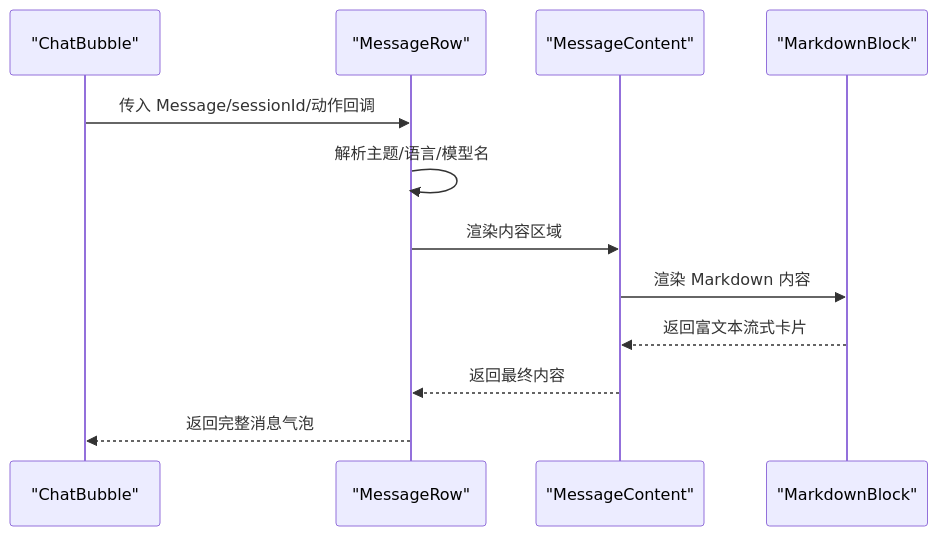
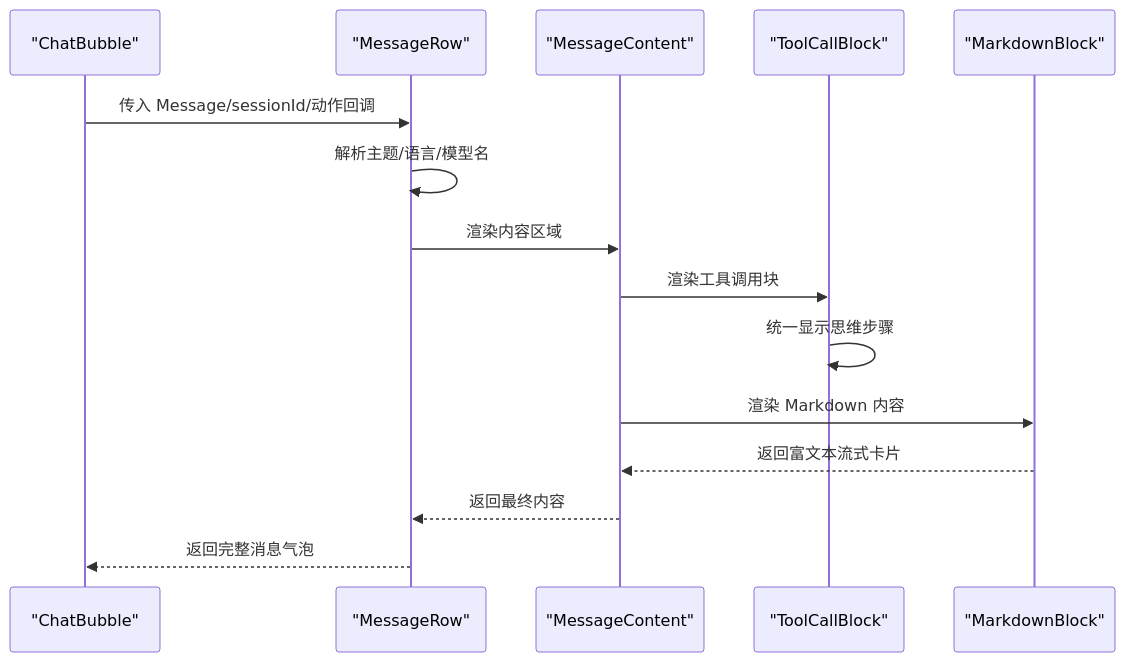
One commit to NarcisWL/Nexara changed the third of 9 diagrams in .qoder/repowiki/zh/content/UI组件系统/聊天组件.md. Above: the diagram before and after it, drawn with Mermaid. The commit also changed other lines of this file and 4 other files, not shown here.

````diff
--- a/.qoder/repowiki/zh/content/UI组件系统/聊天组件.md
+++ b/.qoder/repowiki/zh/content/UI组件系统/聊天组件.md
@@ -168,14 +196,17 @@
 ```mermaid
 sequenceDiagram
 participant CB as "ChatBubble"
 participant MR as "MessageRow"
 participant MC as "MessageContent"
+participant TCB as "ToolCallBlock"
 participant MB as "MarkdownBlock"
 CB->>MR : 传入 Message/sessionId/动作回调
 MR->>MR : 解析主题/语言/模型名
 MR->>MC : 渲染内容区域
+MC->>TCB : 渲染工具调用块
+TCB->>TCB : 统一显示思维步骤
 MC->>MB : 渲染 Markdown 内容
 MB-->>MC : 返回富文本流式卡片
 MC-->>MR : 返回最终内容
 MR-->>CB : 返回完整消息气泡
 ```
````
